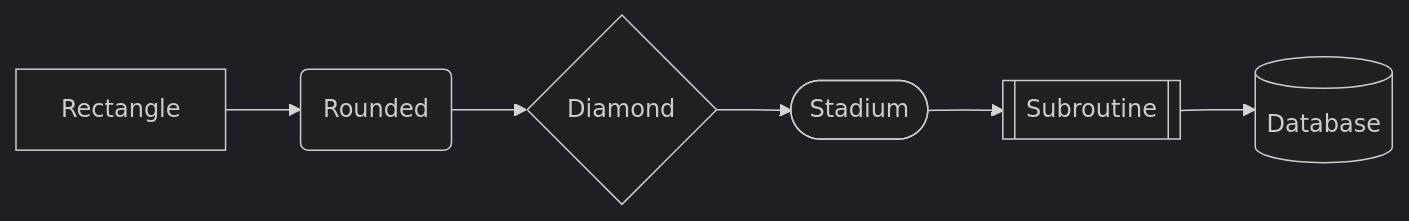
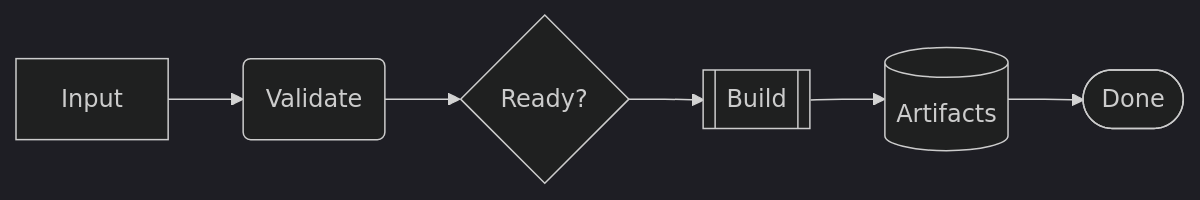
The second of 12 diagrams in docs/reference/diagrams.md (r4sky0/sphinx-lumina-theme), drawn with Mermaid (dark theme) before and after one commit. The commit also changed other lines of this file and 9 other files, not shown here.

Commit message:
feat(mermaid): refine diagram design and natural sizing (#150)

````diff
--- a/docs/reference/diagrams.md
+++ b/docs/reference/diagrams.md
@@ -74,8 +82,7 @@
 ```{mermaid}
 flowchart LR
-    A[Rectangle] --> B(Rounded)
-    B --> C{Diamond}
-    C --> D([Stadium])
-    D --> E[[Subroutine]]
-    E --> F[(Database)]
+    accTitle: Shapes communicate roles
+    accDescr: An input goes through validation, a decision, a build step, storage, and completion.
+    A[Input] --> B(Validate) --> C{Ready?}
+    C --> D[[Build]] --> E[(Artifacts)] --> F([Done])
 ```
````
